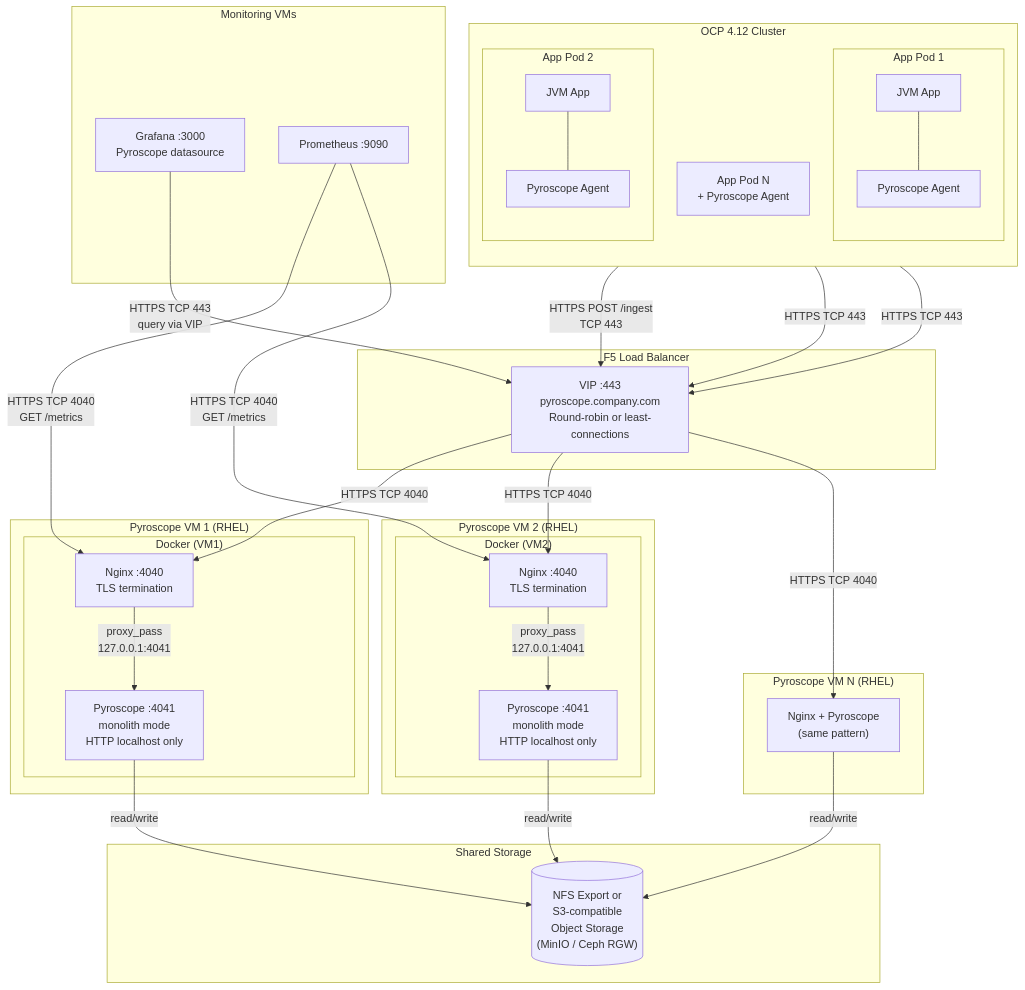
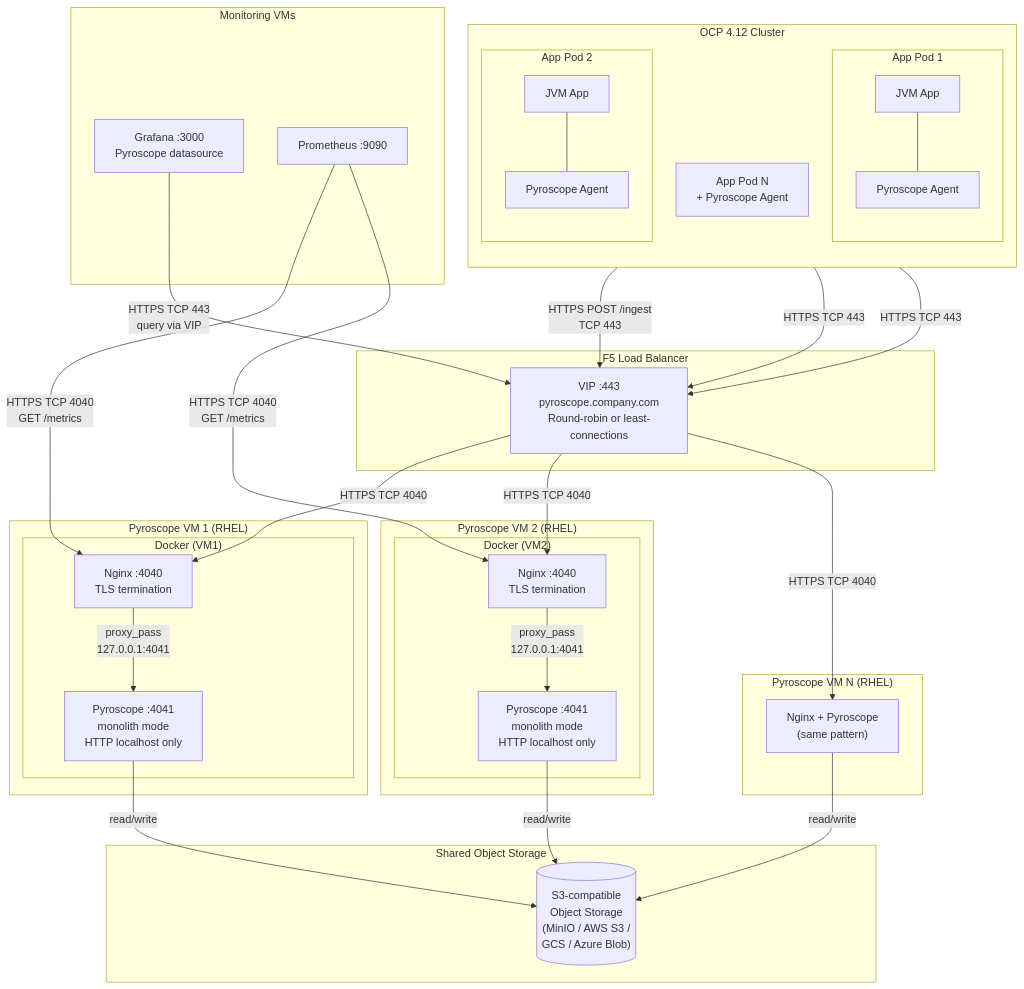
The third of 11 diagrams in docs/architecture.md (aff0gat000/pyroscope), drawn with Mermaid before and after one commit. The commit also changed other lines of this file and 5 other files, not shown here.

First line of the commit message:
Replace NFS/shared filesystem with object storage for multi-instance monolith

````diff
--- a/docs/architecture.md
+++ b/docs/architecture.md
@@ -173,65 +173,65 @@
 ```mermaid
 graph TB
     subgraph "OCP 4.12 Cluster"
         direction TB
         subgraph "App Pod 1"
             JVM1["JVM App"]
             PA1["Pyroscope Agent"]
             JVM1 --- PA1
         end
         subgraph "App Pod 2"
             JVM2["JVM App"]
             PA2["Pyroscope Agent"]
             JVM2 --- PA2
         end
         PodN["App Pod N<br/>+ Pyroscope Agent"]
     end
 
     subgraph "F5 Load Balancer"
         VIP["VIP :443<br/>pyroscope.company.com<br/>Round-robin or least-connections"]
     end
 
     subgraph "Pyroscope VM 1 (RHEL)"
         subgraph "Docker (VM1)"
             Nginx1["Nginx :4040<br/>TLS termination"]
             Pyro1["Pyroscope :4041<br/>monolith mode<br/>HTTP localhost only"]
         end
         Nginx1 -->|"proxy_pass<br/>127.0.0.1:4041"| Pyro1
     end
 
     subgraph "Pyroscope VM 2 (RHEL)"
         subgraph "Docker (VM2)"
             Nginx2["Nginx :4040<br/>TLS termination"]
             Pyro2["Pyroscope :4041<br/>monolith mode<br/>HTTP localhost only"]
         end
         Nginx2 -->|"proxy_pass<br/>127.0.0.1:4041"| Pyro2
     end
 
     subgraph "Pyroscope VM N (RHEL)"
         PyroN["Nginx + Pyroscope<br/>(same pattern)"]
     end
 
-    subgraph "Shared Storage"
-        Storage[("NFS Export or<br/>S3-compatible<br/>Object Storage<br/>(MinIO / Ceph RGW)")]
+    subgraph "Shared Object Storage"
+        Storage[("S3-compatible<br/>Object Storage<br/>(MinIO / AWS S3 /<br/>GCS / Azure Blob)")]
     end
 
     subgraph "Monitoring VMs"
         Grafana["Grafana :3000<br/>Pyroscope datasource"]
         Prom["Prometheus :9090"]
     end
 
     PA1 -->|"HTTPS POST /ingest<br/>TCP 443"| VIP
     PA2 -->|"HTTPS TCP 443"| VIP
     PodN -->|"HTTPS TCP 443"| VIP
     VIP -->|"HTTPS TCP 4040"| Nginx1
     VIP -->|"HTTPS TCP 4040"| Nginx2
     VIP -->|"HTTPS TCP 4040"| PyroN
 
     Pyro1 -->|"read/write"| Storage
     Pyro2 -->|"read/write"| Storage
     PyroN -->|"read/write"| Storage
 
     Grafana -->|"HTTPS TCP 443<br/>query via VIP"| VIP
     Prom -->|"HTTPS TCP 4040<br/>GET /metrics"| Nginx1
     Prom -->|"HTTPS TCP 4040<br/>GET /metrics"| Nginx2
 ```
````
